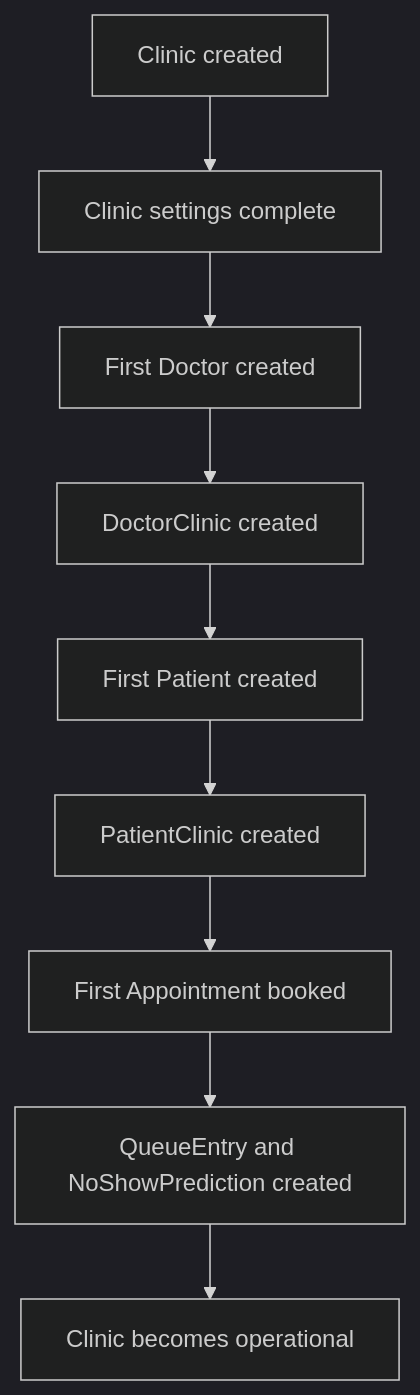
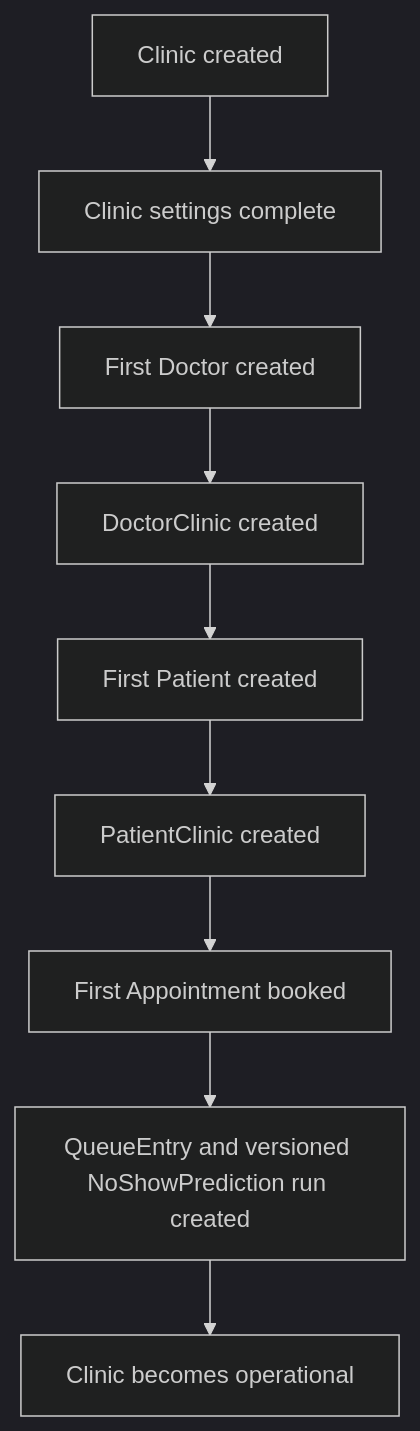
One commit to garvitsingh171/pravaah changed the second of 4 diagrams in docs/PRD.md. Above: the diagram before and after it, drawn with Mermaid (dark theme). The commit also changed other lines of this file and 30 other files, not shown here.

Commit message:
feat(prediction): add versioned immutable prediction runs

````diff
--- a/docs/PRD.md
+++ b/docs/PRD.md
@@ -313,11 +313,11 @@
 ```mermaid
 flowchart TD
     A[Clinic created] --> B[Clinic settings complete]
     B --> C[First Doctor created]
     C --> D[DoctorClinic created]
     D --> E[First Patient created]
     E --> F[PatientClinic created]
     F --> G[First Appointment booked]
-    G --> H[QueueEntry and NoShowPrediction created]
+    G --> H[QueueEntry and versioned NoShowPrediction run created]
     H --> I[Clinic becomes operational]
 ```
````
